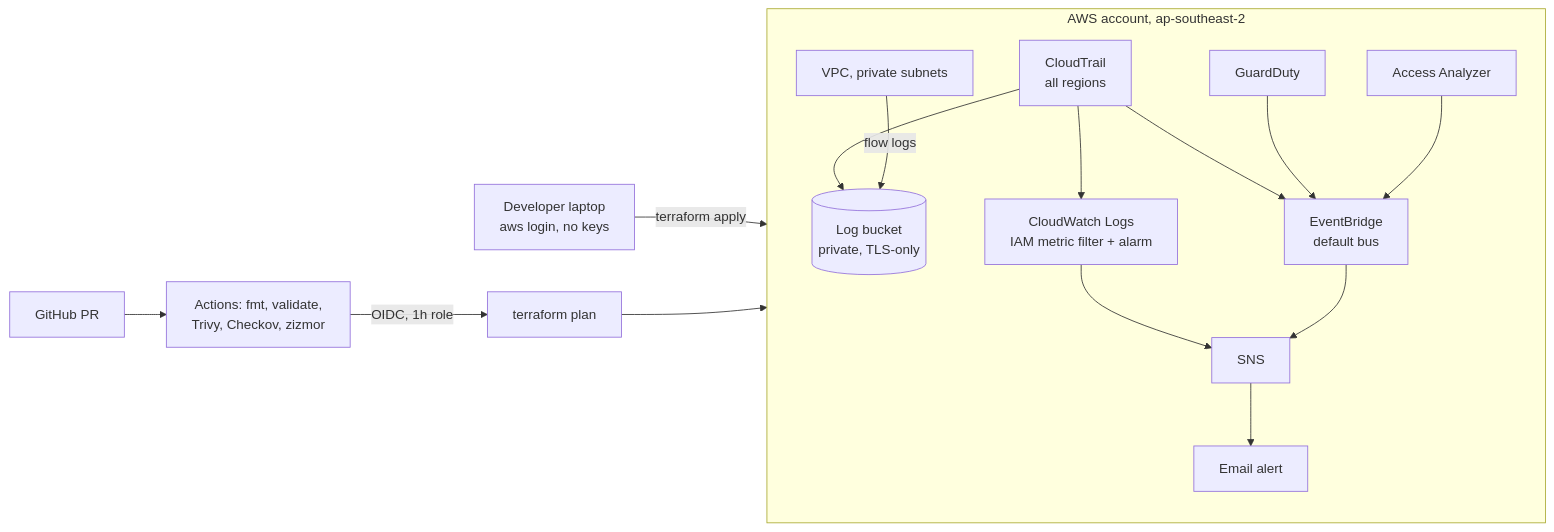
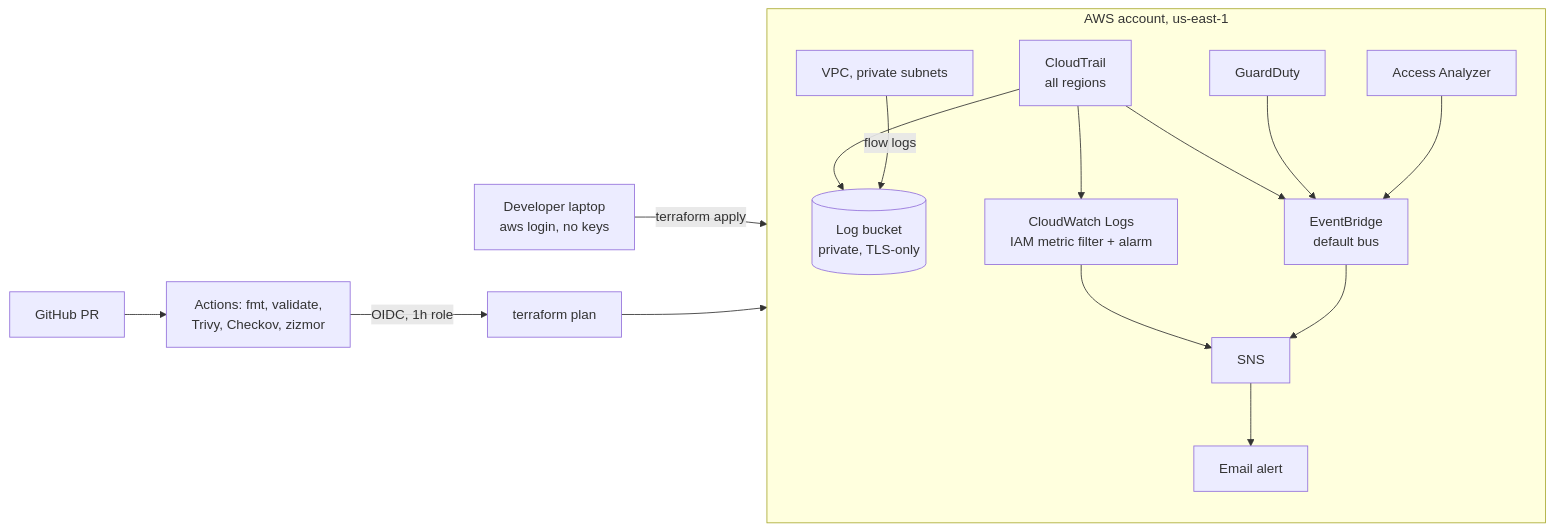
One commit to Hadiqa-khan/ai-twin changed the diagram in README.md. Above: the diagram before and after it, drawn with Mermaid. The commit also changed 12 other files, not shown here.

````diff
--- a/README.md
+++ b/README.md
@@ -17,16 +17,16 @@
 ```mermaid
 flowchart LR
   dev[Developer laptop<br/>aws login, no keys] -->|terraform apply| aws
   gh[GitHub PR] --> ci[Actions: fmt, validate,<br/>Trivy, Checkov, zizmor]
   ci -->|OIDC, 1h role| plan[terraform plan]
   plan --> aws
-  subgraph aws[AWS account, ap-southeast-2]
+  subgraph aws[AWS account, us-east-1]
     ct[CloudTrail<br/>all regions] --> logs[(Log bucket<br/>private, TLS-only)]
     vpc[VPC, private subnets] -->|flow logs| logs
     ct --> eb[EventBridge<br/>default bus]
     gd[GuardDuty] --> eb
     aa[Access Analyzer] --> eb
     ct --> cw[CloudWatch Logs<br/>IAM metric filter + alarm] --> sns
     eb --> sns[SNS] --> mail[Email alert]
   end
 ```
````
